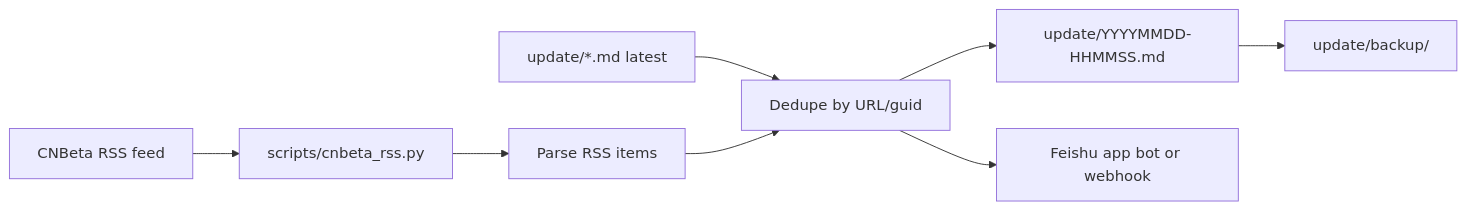
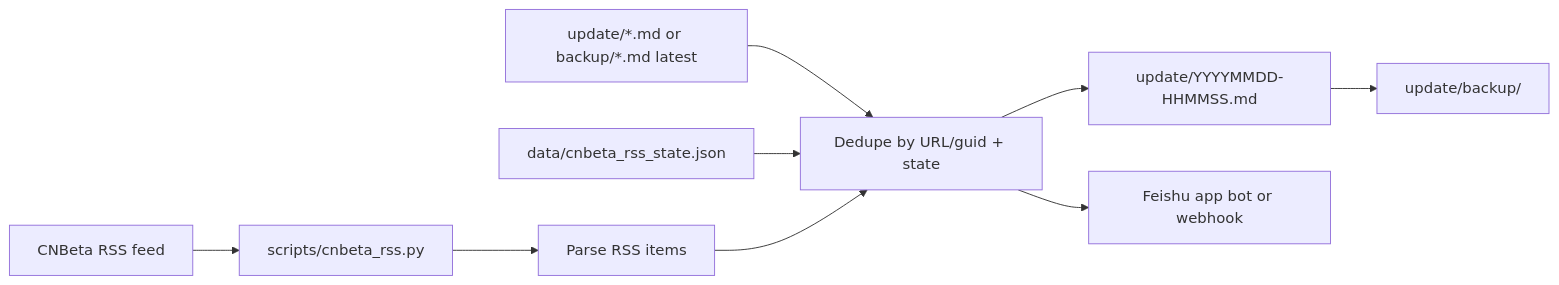
The diagram in docs/project-context.md (zjk1984/new-movie-tracker-skill), drawn with Mermaid before and after one commit. The commit also changed other lines of this file and 3 other files, not shown here.

First line of the commit message:
Fix CNBeta RSS dedup against state and backup markdown

````diff
--- a/docs/project-context.md
+++ b/docs/project-context.md
@@ -9,10 +9,11 @@
 ```mermaid
 flowchart LR
   RSS[CNBeta RSS feed] --> Fetch[scripts/cnbeta_rss.py]
   Fetch --> Parse[Parse RSS items]
-  Prev[update/*.md latest] --> Dedupe[Dedupe by URL/guid]
+  Prev[update/*.md or backup/*.md latest] --> Dedupe[Dedupe by URL/guid + state]
+  State[data/cnbeta_rss_state.json] --> Dedupe
   Parse --> Dedupe
   Dedupe --> Update[update/YYYYMMDD-HHMMSS.md]
   Dedupe --> Feishu[Feishu app bot or webhook]
   Update --> Backup[update/backup/]
 ```
````
